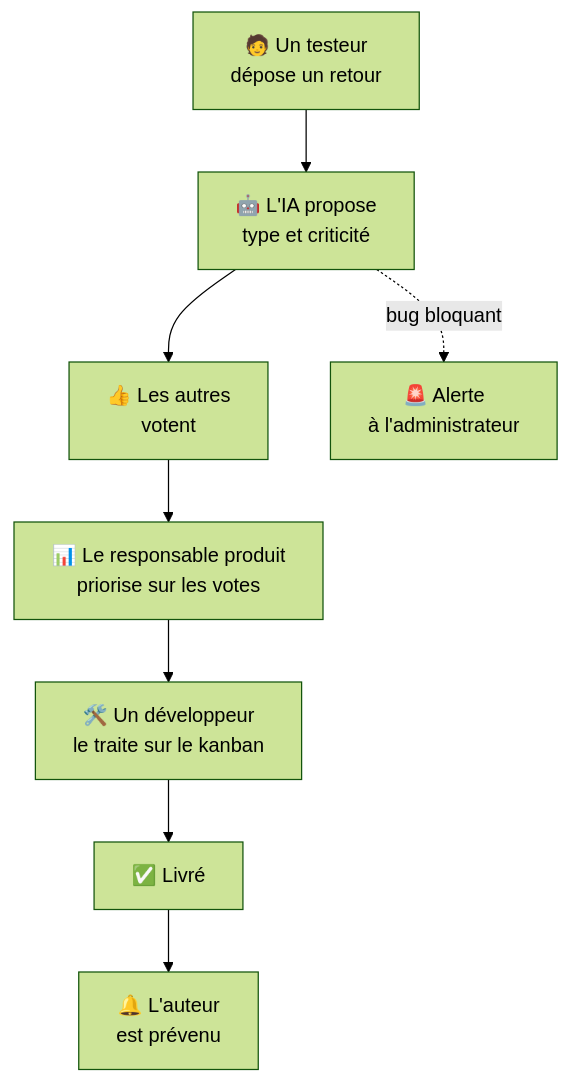
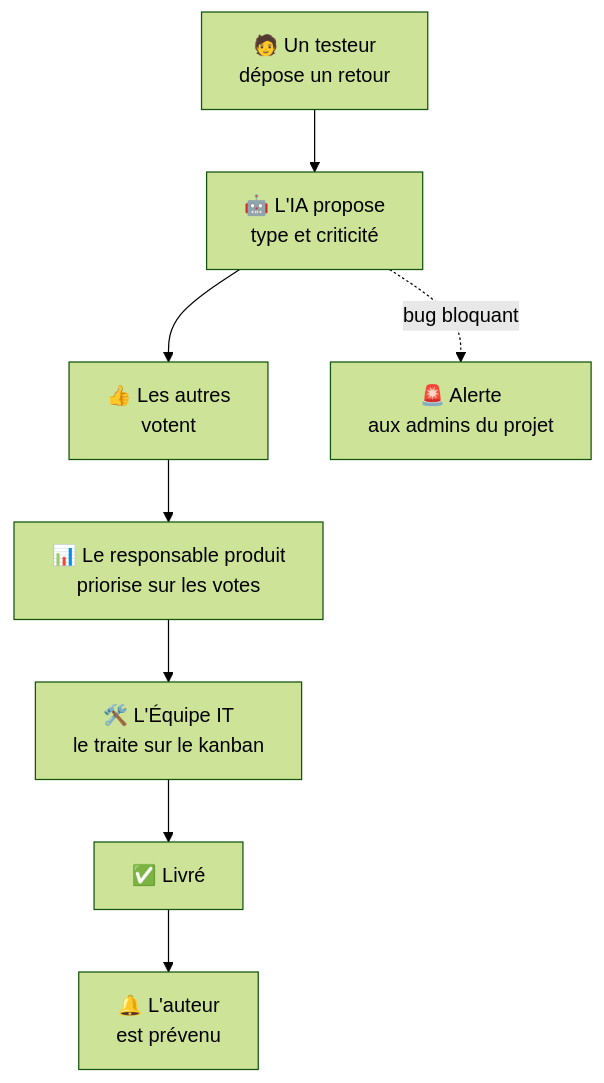
The first of 7 diagrams in README.md (VincentG32/echo-projet), drawn with Mermaid (forest theme) before and after one commit. The commit also changed other lines of this file, not shown here.

Commit message:
Vitrine : PostgreSQL, organisations, projets et versions, roadmap

````diff
--- a/README.md
+++ b/README.md
@@ -63,10 +67,10 @@
 ```mermaid
 flowchart TD
     A["🧑 Un testeur<br/>dépose un retour"] --> B["🤖 L'IA propose<br/>type et criticité"]
     B --> C["👍 Les autres<br/>votent"]
     C --> D["📊 Le responsable produit<br/>priorise sur les votes"]
-    D --> E["🛠️ Un développeur<br/>le traite sur le kanban"]
+    D --> E["🛠️ L'Équipe IT<br/>le traite sur le kanban"]
     E --> F["✅ Livré"]
     F --> G["🔔 L'auteur<br/>est prévenu"]
-    B -. "bug bloquant" .-> H["🚨 Alerte<br/>à l'administrateur"]
+    B -. "bug bloquant" .-> H["🚨 Alerte<br/>aux admins du projet"]
 ```
````
